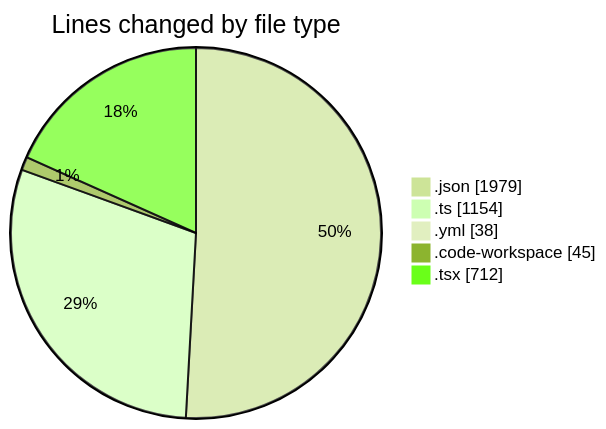
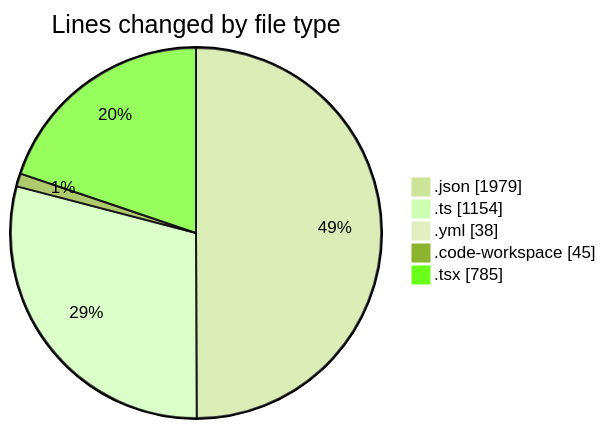
The first of 2 diagrams in 2025-11-25/eventscop-frontend-guide__workspace_/README.md (julien-gomy/code-tracking), drawn with Mermaid (forest theme) before and after one commit. The commit also changed other lines of this file and 1 other file, not shown here.

````diff
--- a/2025-11-25/eventscop-frontend-guide__workspace_/README.md
+++ b/2025-11-25/eventscop-frontend-guide__workspace_/README.md
@@ -32,9 +32,9 @@
 ```mermaid
 pie showData
 title Lines changed by file type
 ".json" : 1979
 ".ts" : 1154
 ".yml" : 38
 ".code-workspace" : 45
-".tsx" : 712
+".tsx" : 785
 ```
````
